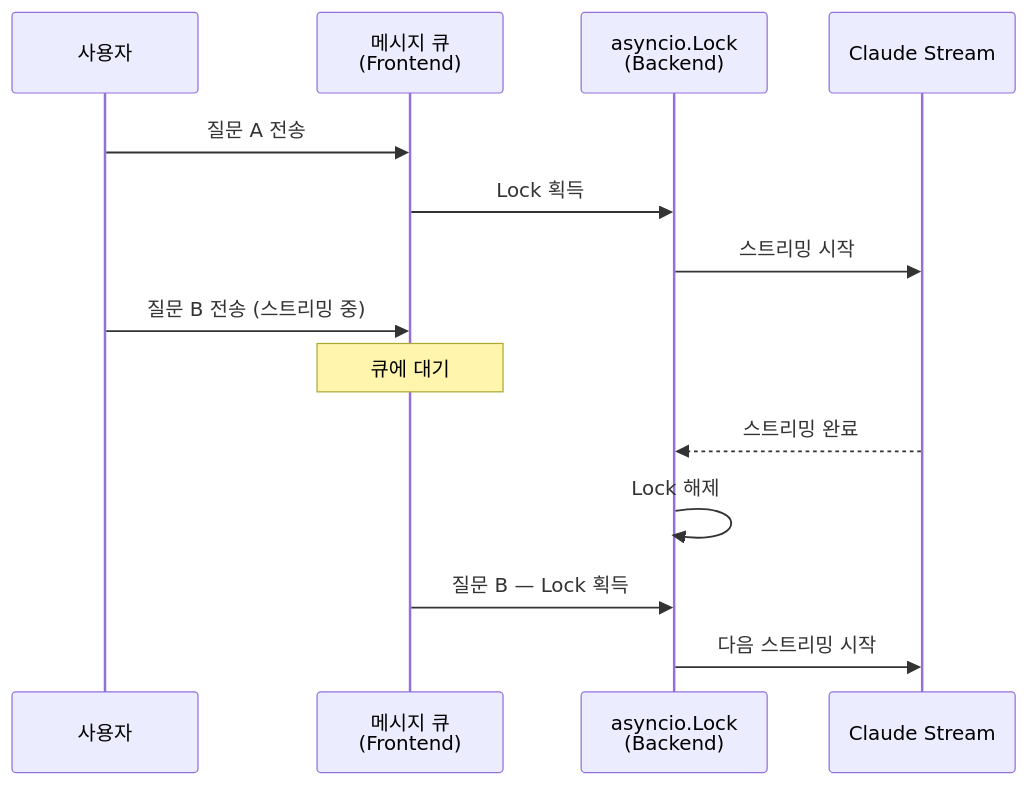
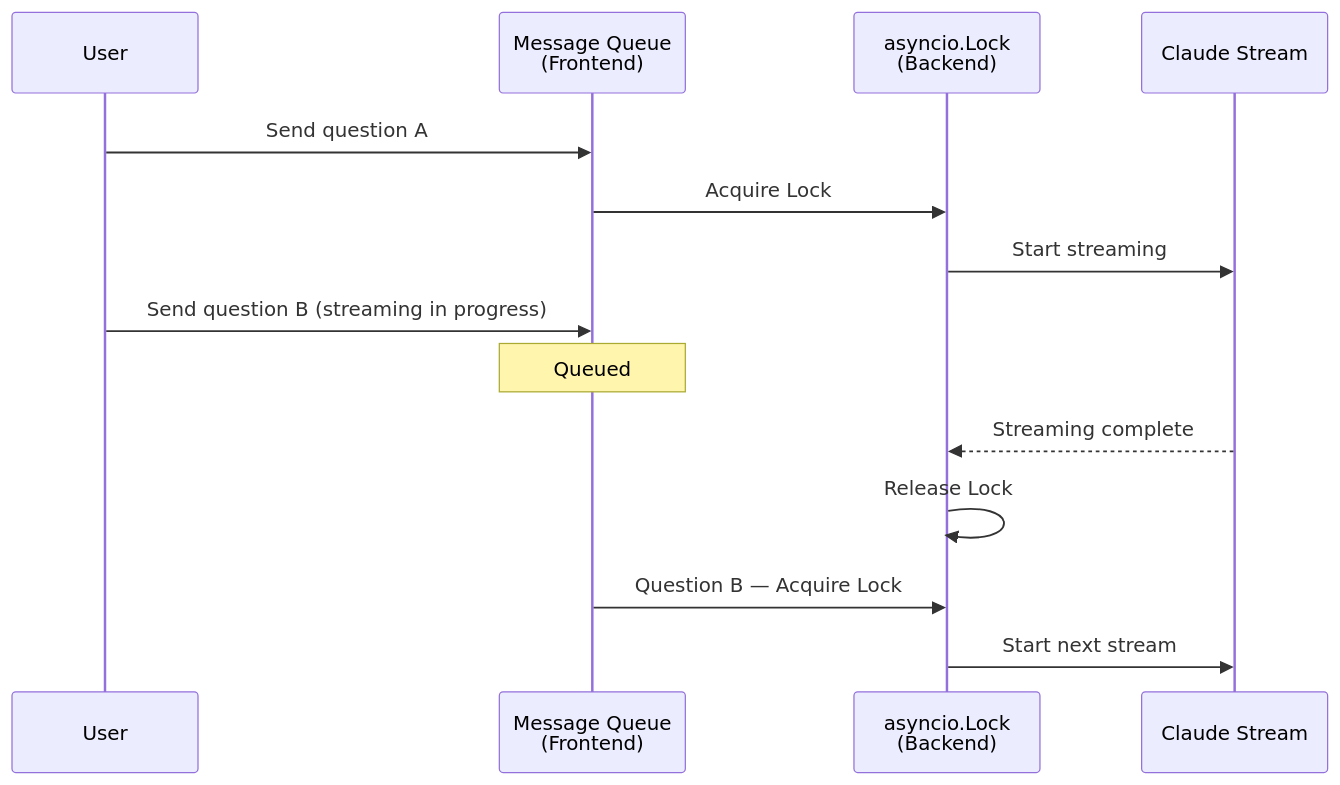
Before and after one commit to JayKim88/AI-LEARNING-NOTE: the fourth of 5 diagrams in blog/src/content/learnings/2026-02-27-ai-pipeline-patterns-lingua-rag.md, drawn with Mermaid. The commit also changed other lines of this file, not shown here.

First line of the commit message:
fix(blog/content): translate Mermaid diagram labels to English in ai-pipeline-patterns

````diff
--- a/blog/src/content/learnings/2026-02-27-ai-pipeline-patterns-lingua-rag.md
+++ b/blog/src/content/learnings/2026-02-27-ai-pipeline-patterns-lingua-rag.md
@@ -141,17 +141,17 @@
 ```mermaid
 sequenceDiagram
-    participant U as 사용자
-    participant Q as 메시지 큐<br/>(Frontend)
+    participant U as User
+    participant Q as Message Queue<br/>(Frontend)
     participant L as asyncio.Lock<br/>(Backend)
     participant S as Claude Stream
 
-    U->>Q: 질문 A 전송
-    Q->>L: Lock 획득
-    L->>S: 스트리밍 시작
-    U->>Q: 질문 B 전송 (스트리밍 중)
-    Note over Q: 큐에 대기
-    S-->>L: 스트리밍 완료
-    L->>L: Lock 해제
-    Q->>L: 질문 B — Lock 획득
-    L->>S: 다음 스트리밍 시작
+    U->>Q: Send question A
+    Q->>L: Acquire Lock
+    L->>S: Start streaming
+    U->>Q: Send question B (streaming in progress)
+    Note over Q: Queued
+    S-->>L: Streaming complete
+    L->>L: Release Lock
+    Q->>L: Question B — Acquire Lock
+    L->>S: Start next stream
 ```
````
